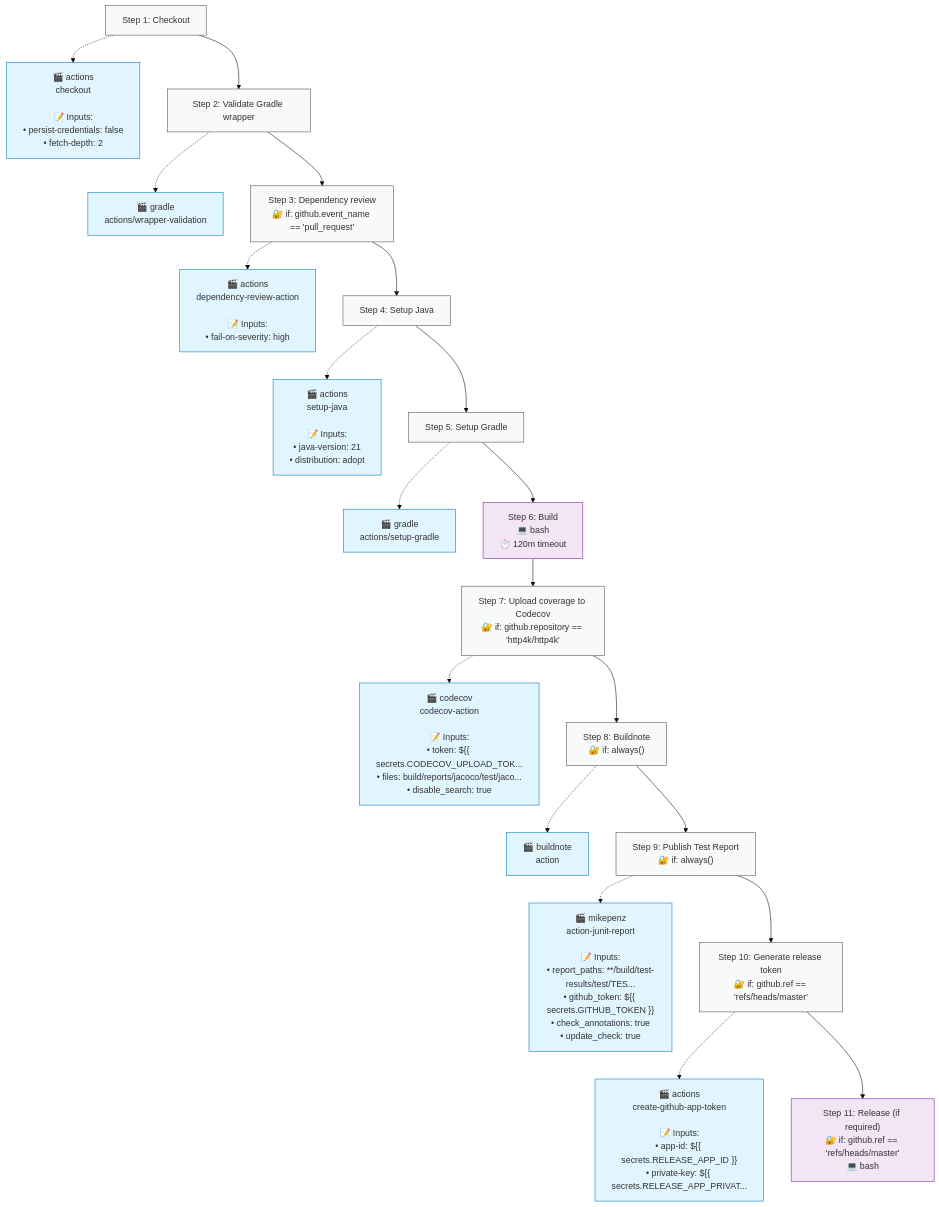
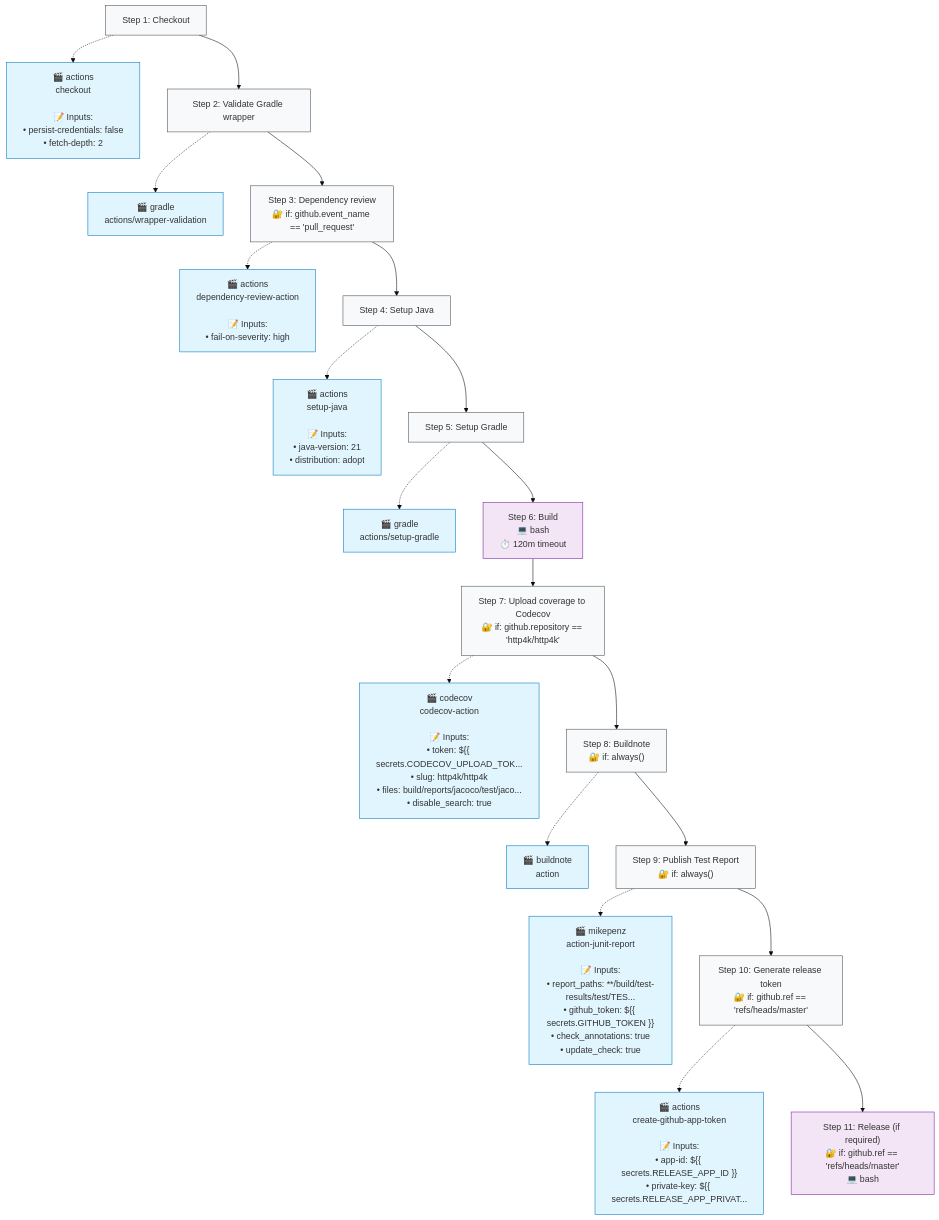
The second of 2 diagrams in .github/typeflows/build-http4k/README.md (http4k/http4k), drawn with Mermaid (base theme) before and after one commit. The commit also changed 2 other files, not shown here.

Commit message:
Add `slug` configuration to Codecov setup

````diff
--- a/.github/typeflows/build-http4k/README.md
+++ b/.github/typeflows/build-http4k/README.md
@@ -24,63 +24,63 @@
 ```mermaid
 %%{init: {"flowchart": {"curve": "basis"}}}%%
 flowchart TD
     step1["Step 1: Checkout"]
     style step1 fill:#f8f9fa,stroke:#495057
     action1["🎬 actions<br/>checkout<br/><br/>📝 Inputs:<br/>• persist-credentials: false<br/>• fetch-depth: 2"]
     style action1 fill:#e1f5fe,stroke:#0277bd
     step1 -.-> action1
     step2["Step 2: Validate Gradle wrapper"]
     style step2 fill:#f8f9fa,stroke:#495057
     action2["🎬 gradle<br/>actions/wrapper-validation"]
     style action2 fill:#e1f5fe,stroke:#0277bd
     step2 -.-> action2
     step1 --> step2
     step3["Step 3: Dependency review<br/>🔐 if: github.event_name == 'pull_request'"]
     style step3 fill:#f8f9fa,stroke:#495057
     action3["🎬 actions<br/>dependency-review-action<br/><br/>📝 Inputs:<br/>• fail-on-severity: high"]
     style action3 fill:#e1f5fe,stroke:#0277bd
     step3 -.-> action3
     step2 --> step3
     step4["Step 4: Setup Java"]
     style step4 fill:#f8f9fa,stroke:#495057
     action4["🎬 actions<br/>setup-java<br/><br/>📝 Inputs:<br/>• java-version: 21<br/>• distribution: adopt"]
     style action4 fill:#e1f5fe,stroke:#0277bd
     step4 -.-> action4
     step3 --> step4
     step5["Step 5: Setup Gradle"]
     style step5 fill:#f8f9fa,stroke:#495057
     action5["🎬 gradle<br/>actions/setup-gradle"]
     style action5 fill:#e1f5fe,stroke:#0277bd
     step5 -.-> action5
     step4 --> step5
     step6["Step 6: Build<br/>💻 bash<br/>⏱️ 120m timeout"]
     style step6 fill:#f3e5f5,stroke:#7b1fa2
     step5 --> step6
     step7["Step 7: Upload coverage to Codecov<br/>🔐 if: github.repository == 'http4k/http4k'"]
     style step7 fill:#f8f9fa,stroke:#495057
-    action7["🎬 codecov<br/>codecov-action<br/><br/>📝 Inputs:<br/>• token: ${{ secrets.CODECOV_UPLOAD_TOK...<br/>• files: build/reports/jacoco/test/jaco...<br/>• disable_search: true"]
+    action7["🎬 codecov<br/>codecov-action<br/><br/>📝 Inputs:<br/>• token: ${{ secrets.CODECOV_UPLOAD_TOK...<br/>• slug: http4k/http4k<br/>• files: build/reports/jacoco/test/jaco...<br/>• disable_search: true"]
     style action7 fill:#e1f5fe,stroke:#0277bd
     step7 -.-> action7
     step6 --> step7
     step8["Step 8: Buildnote<br/>🔐 if: always()"]
     style step8 fill:#f8f9fa,stroke:#495057
     action8["🎬 buildnote<br/>action"]
     style action8 fill:#e1f5fe,stroke:#0277bd
     step8 -.-> action8
     step7 --> step8
     step9["Step 9: Publish Test Report<br/>🔐 if: always()"]
     style step9 fill:#f8f9fa,stroke:#495057
     action9["🎬 mikepenz<br/>action-junit-report<br/><br/>📝 Inputs:<br/>• report_paths: **/build/test-results/test/TES...<br/>• github_token: ${{ secrets.GITHUB_TOKEN }}<br/>• check_annotations: true<br/>• update_check: true"]
     style action9 fill:#e1f5fe,stroke:#0277bd
     step9 -.-> action9
     step8 --> step9
     step10["Step 10: Generate release token<br/>🔐 if: github.ref == 'refs/heads/master'"]
     style step10 fill:#f8f9fa,stroke:#495057
     action10["🎬 actions<br/>create-github-app-token<br/><br/>📝 Inputs:<br/>• app-id: ${{ secrets.RELEASE_APP_ID }}<br/>• private-key: ${{ secrets.RELEASE_APP_PRIVAT..."]
     style action10 fill:#e1f5fe,stroke:#0277bd
     step10 -.-> action10
     step9 --> step10
     step11["Step 11: Release (if required)<br/>🔐 if: github.ref == 'refs/heads/master'<br/>💻 bash"]
     style step11 fill:#f3e5f5,stroke:#7b1fa2
     step10 --> step11
 ```
````
